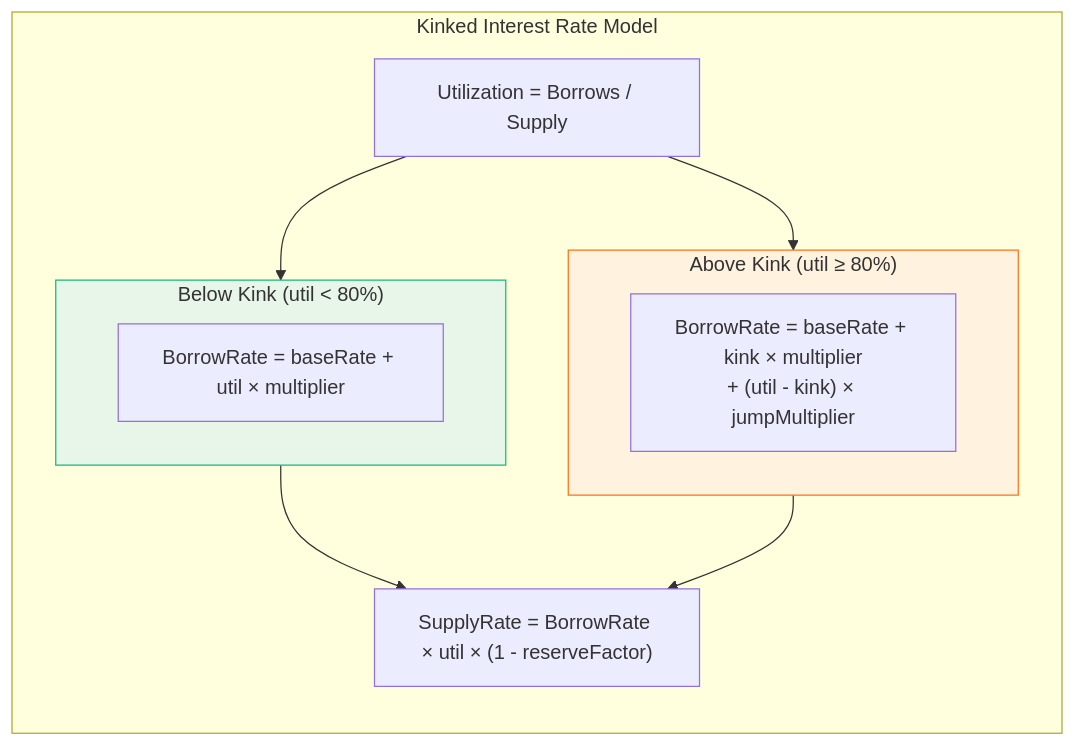
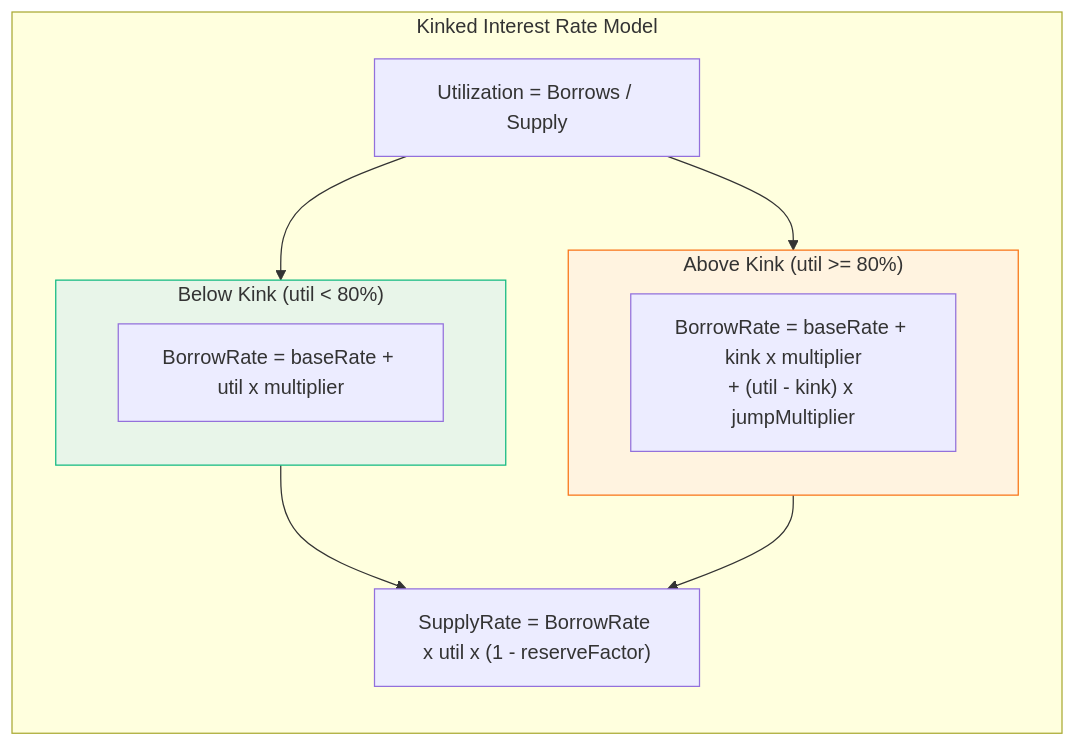
The seventh of 12 diagrams in README.md (deepesh-sr/LendBNB), drawn with Mermaid before and after one commit. The commit also changed other lines of this file, not shown here.

````diff
--- a/README.md
+++ b/README.md
@@ -202,25 +377,25 @@
 ```mermaid
 graph LR
     subgraph Model["Kinked Interest Rate Model"]
         direction TB
         U["Utilization = Borrows / Supply"]
 
         subgraph Below["Below Kink (util < 80%)"]
-            BR1["BorrowRate = baseRate + util × multiplier"]
+            BR1["BorrowRate = baseRate + util x multiplier"]
         end
 
-        subgraph Above["Above Kink (util ≥ 80%)"]
-            BR2["BorrowRate = baseRate + kink × multiplier<br/>+ (util - kink) × jumpMultiplier"]
+        subgraph Above["Above Kink (util >= 80%)"]
+            BR2["BorrowRate = baseRate + kink x multiplier<br/>+ (util - kink) x jumpMultiplier"]
         end
 
-        SR["SupplyRate = BorrowRate × util × (1 - reserveFactor)"]
+        SR["SupplyRate = BorrowRate x util x (1 - reserveFactor)"]
     end
 
     U --> Below
     U --> Above
     Below --> SR
     Above --> SR
 
     style Below fill:#E8F5E9,stroke:#10B981
     style Above fill:#FFF3E0,stroke:#F97316
 ```
````
